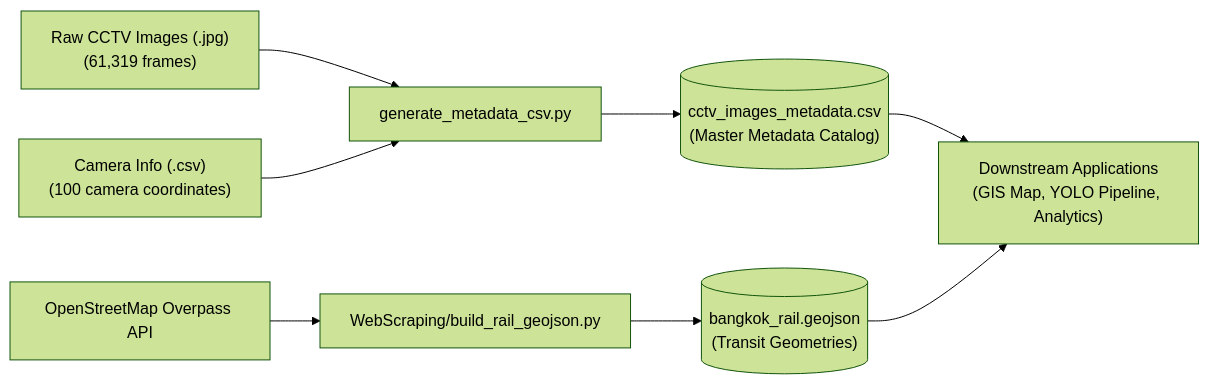
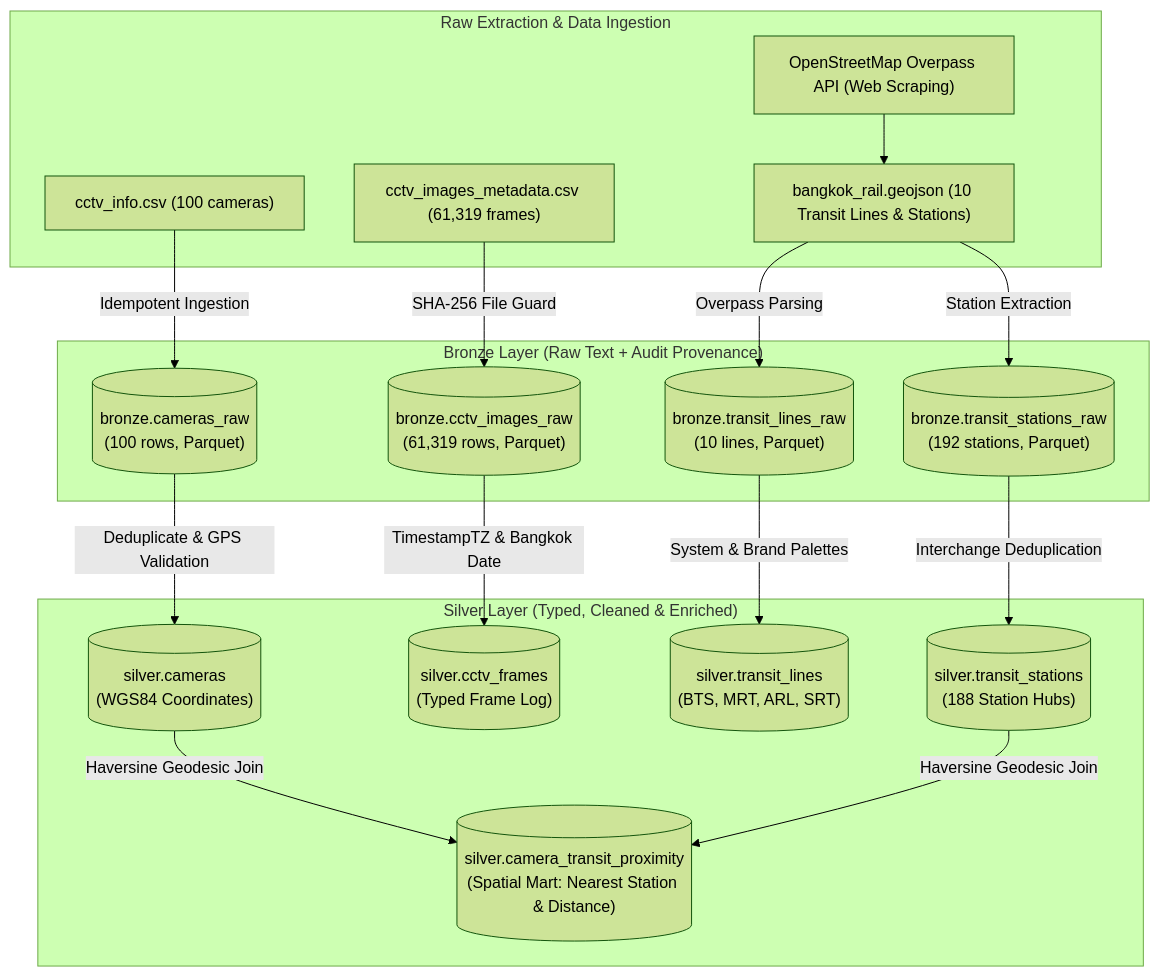
One commit to MaxzyMVT/Bangkok-CCTV-Image-Analysis-DSDE changed the diagram in DataEngineering/README.md. Above: the diagram before and after it, drawn with Mermaid (forest theme). The commit also changed other lines of this file and 5 other files, not shown here.

Commit message:
feat(data-eng, map): implement pyducklake bronze-silver lakehouse and fix transit layers

````diff
--- a/DataEngineering/README.md
+++ b/DataEngineering/README.md
@@ -65,11 +28,23 @@
 ```mermaid
-flowchart LR
-    A["Raw CCTV Images (.jpg)<br/>(61,319 frames)"] --> B["generate_metadata_csv.py"]
-    C["Camera Info (.csv)<br/>(100 camera coordinates)"] --> B
-    B --> D[("cctv_images_metadata.csv<br/>(Master Metadata Catalog)")]
-    
-    E["OpenStreetMap Overpass API"] --> F["WebScraping/build_rail_geojson.py"]
-    F --> G[("bangkok_rail.geojson<br/>(Transit Geometries)")]
-    
-    D & G --> H["Downstream Applications<br/>(GIS Map, YOLO Pipeline, Analytics)"]
+flowchart TD
+    subgraph Sources ["Raw Extraction & Data Ingestion"]
+        A["cctv_info.csv (100 cameras)"]
+        B["cctv_images_metadata.csv (61,319 frames)"]
+        C["OpenStreetMap Overpass API (Web Scraping)"] --> D["bangkok_rail.geojson (10 Transit Lines & Stations)"]
+    end
+
+    subgraph Bronze ["Bronze Layer (Raw Text + Audit Provenance)"]
+        A -->|Idempotent Ingestion| B1[("bronze.cameras_raw<br/>(100 rows, Parquet)")]
+        B -->|SHA-256 File Guard| B2[("bronze.cctv_images_raw<br/>(61,319 rows, Parquet)")]
+        D -->|Overpass Parsing| B3[("bronze.transit_lines_raw<br/>(10 lines, Parquet)")]
+        D -->|Station Extraction| B4[("bronze.transit_stations_raw<br/>(192 stations, Parquet)")]
+    end
+
+    subgraph Silver ["Silver Layer (Typed, Cleaned & Enriched)"]
+        B1 -->|Deduplicate & GPS Validation| S1[("silver.cameras<br/>(WGS84 Coordinates)")]
+        B2 -->|TimestampTZ & Bangkok Date| S2[("silver.cctv_frames<br/>(Typed Frame Log)")]
+        B3 -->|System & Brand Palettes| S3[("silver.transit_lines<br/>(BTS, MRT, ARL, SRT)")]
+        B4 -->|Interchange Deduplication| S4[("silver.transit_stations<br/>(188 Station Hubs)")]
+        S1 & S4 -->|Haversine Geodesic Join| S5[("silver.camera_transit_proximity<br/>(Spatial Mart: Nearest Station & Distance)")]
+    end
 ```
````
